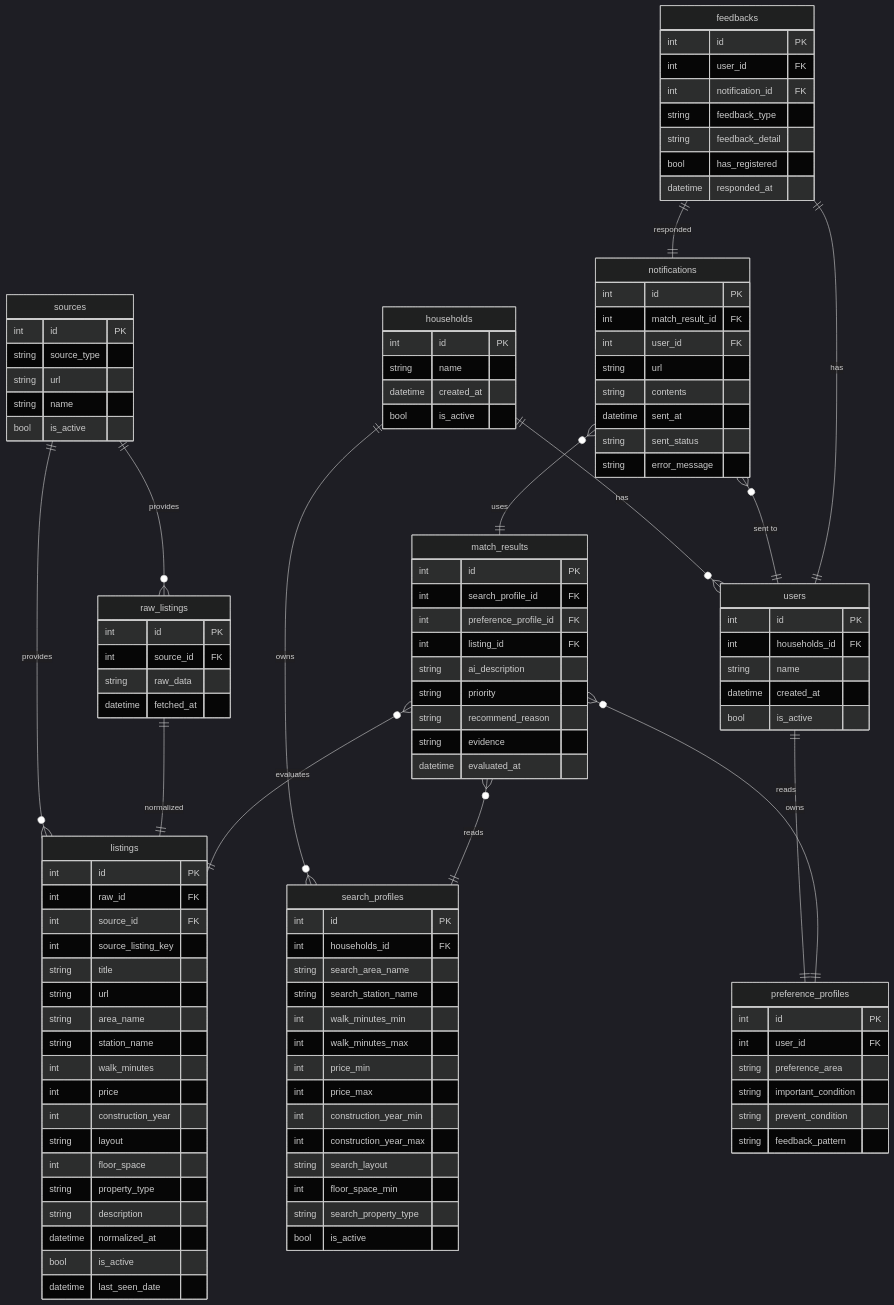
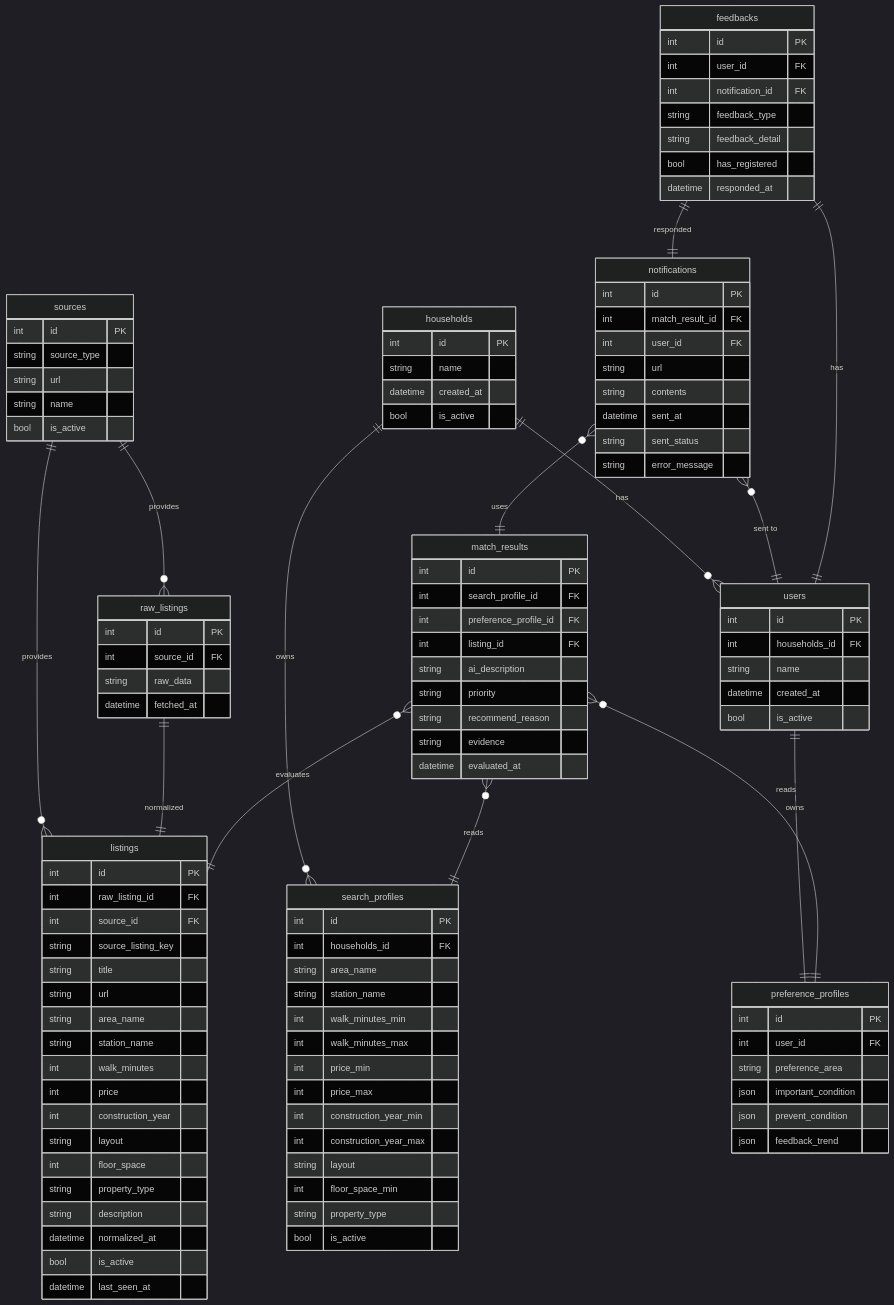
Before and after one commit to Ryota-Matsuda/HouseParchaseConcergeBot: the diagram in docs/data-model.md, drawn with Mermaid (dark theme). The commit also changed other lines of this file and 1 other file, not shown here.

```diff
--- a/docs/data-model.md
+++ b/docs/data-model.md
@@ -111,17 +111,17 @@
     search_profiles{
         int id PK
         int households_id FK
-        string search_area_name
-        string search_station_name
+        string area_name
+        string station_name
         int walk_minutes_min
         int walk_minutes_max
         int price_min
         int price_max
         int construction_year_min
         int construction_year_max
-        string search_layout
+        string layout
         int floor_space_min
-        string search_property_type
+        string property_type
         bool is_active
     }
 
@@ -129,9 +129,9 @@
         int id PK
         int user_id FK
         string preference_area
-        string important_condition
-        string prevent_condition
-        string feedback_pattern
+        json important_condition
+        json prevent_condition
+        json feedback_trend
     }
 
     sources{
@@ -151,9 +151,9 @@
 
     listings{
         int id PK
-        int raw_id FK
+        int raw_listing_id FK
         int source_id FK
-        int source_listing_key
+        string source_listing_key
         string title
         string url
         string area_name
@@ -167,7 +167,7 @@
         string description
         datetime normalized_at
         bool is_active
-        datetime last_seen_date
+        datetime last_seen_at
     }
 
     match_results{
```
